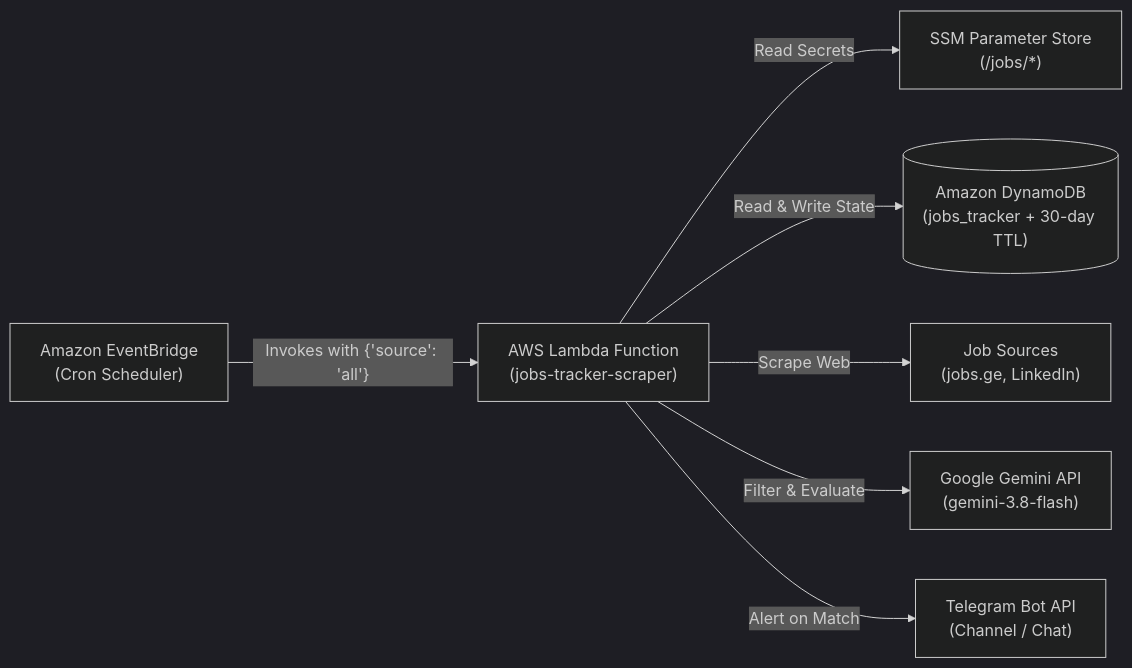
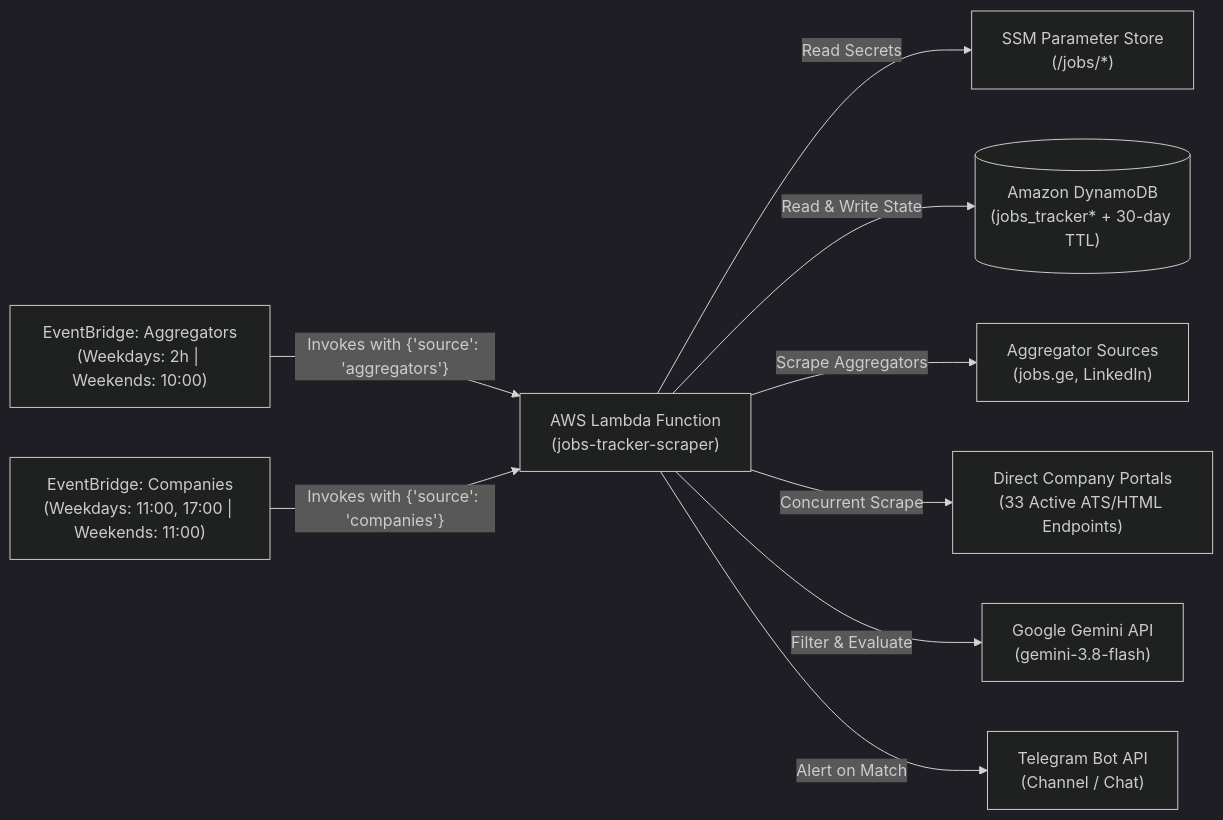
Before and after one commit to GigaGoriashvili/mestvire: the diagram in AWS_DEPLOYMENT.md, drawn with Mermaid (dark theme). The commit also changed other lines of this file and 17 other files, not shown here.

Commit message:
feat: integrate 33 company portals and 1-hour staggered EventBridge architecture

````diff
--- a/AWS_DEPLOYMENT.md
+++ b/AWS_DEPLOYMENT.md
@@ -11,9 +11,11 @@
 ```mermaid
 flowchart LR
-    EventBridge["Amazon EventBridge<br/>(Cron Scheduler)"] -->|"Invokes with {'source': 'all'}"| Lambda["AWS Lambda Function<br/>(jobs-tracker-scraper)"]
+    EB1["EventBridge: Aggregators<br/>(Weekdays: 2h | Weekends: 10:00)"] -->|"Invokes with {'source': 'aggregators'}"| Lambda["AWS Lambda Function<br/>(jobs-tracker-scraper)"]
+    EB2["EventBridge: Companies<br/>(Weekdays: 11:00, 17:00 | Weekends: 11:00)"] -->|"Invokes with {'source': 'companies'}"| Lambda
     Lambda -->|Read Secrets| SSM["SSM Parameter Store<br/>(/jobs/*)"]
-    Lambda -->|"Read & Write State"| DynamoDB[("Amazon DynamoDB<br/>(jobs_tracker + 30-day TTL)")]
-    Lambda -->|Scrape Web| Sources["Job Sources<br/>(jobs.ge, LinkedIn)"]
+    Lambda -->|"Read & Write State"| DynamoDB[("Amazon DynamoDB<br/>(jobs_tracker* + 30-day TTL)")]
+    Lambda -->|Scrape Aggregators| Aggregators["Aggregator Sources<br/>(jobs.ge, LinkedIn)"]
+    Lambda -->|Concurrent Scrape| Companies["Direct Company Portals<br/>(33 Active ATS/HTML Endpoints)"]
     Lambda -->|"Filter & Evaluate"| Gemini["Google Gemini API<br/>(gemini-3.8-flash)"]
     Lambda -->|Alert on Match| Telegram["Telegram Bot API<br/>(Channel / Chat)"]
 ```
````
